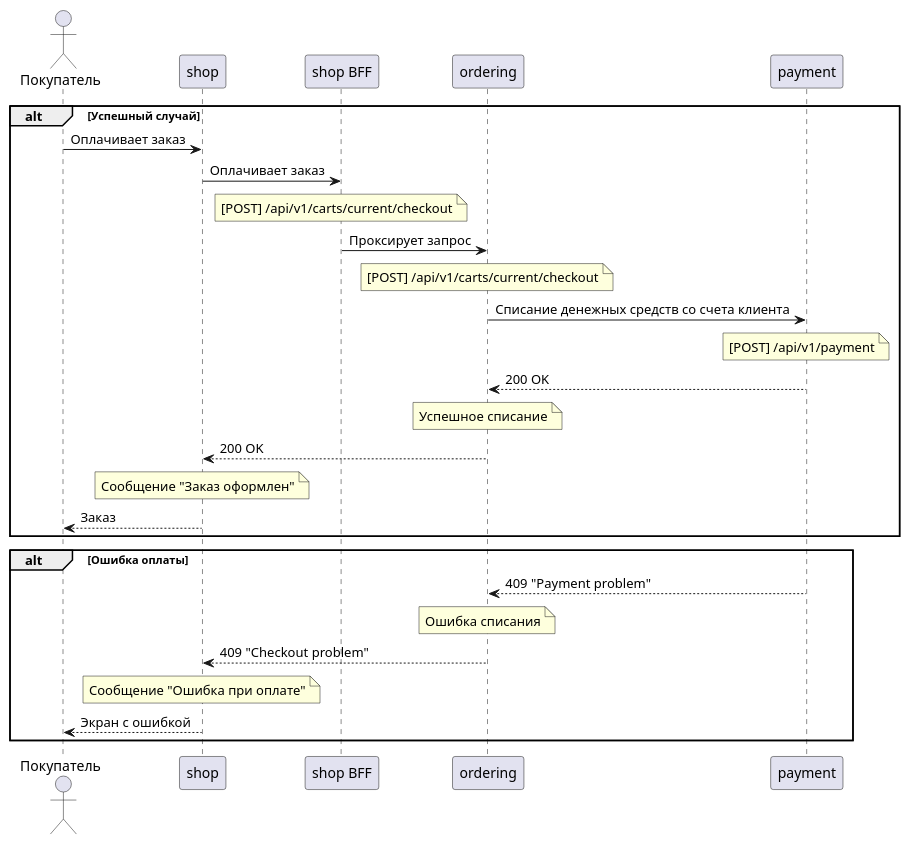
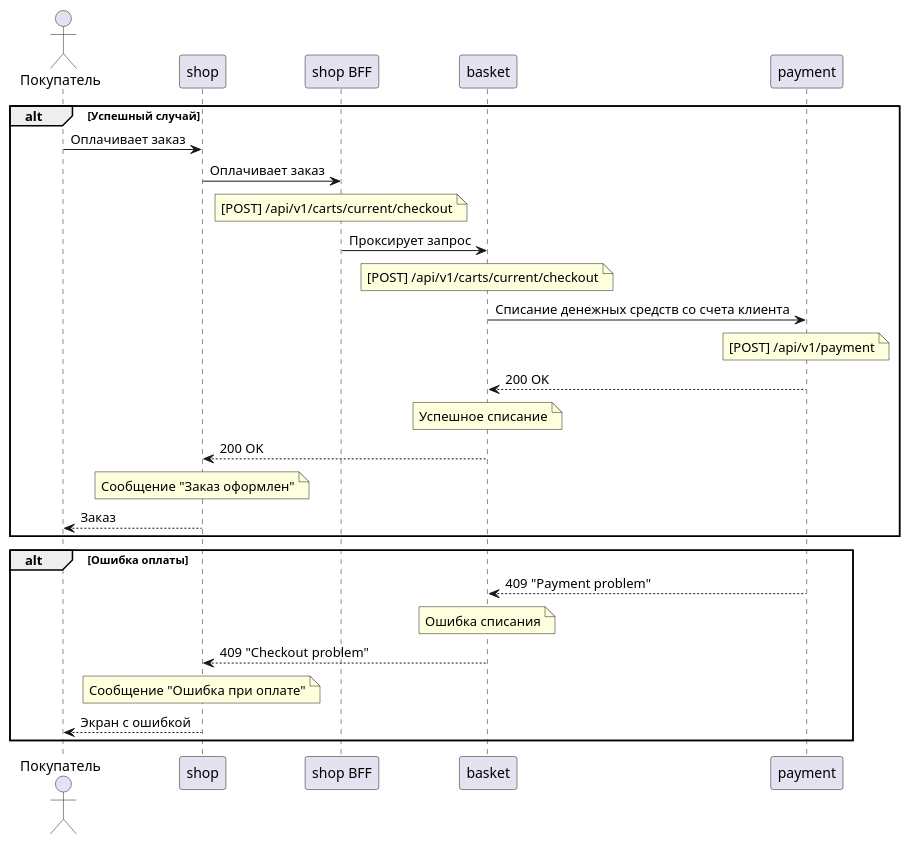
Before and after one commit to gerzhan/knigaexpert-system-design: the diagram in services/ordering/use-cases/uc-5.md, drawn with PlantUML. The commit also changed 18 other files, not shown here.

````diff
--- a/services/ordering/use-cases/uc-5.md
+++ b/services/ordering/use-cases/uc-5.md
@@ -3,34 +3,34 @@
 ```plantuml
 actor "Покупатель" as customer
 participant "shop" as shop_app
 participant "shop BFF" as shop_bff
-participant "ordering" as ordering
+participant "basket" as basket
 participant "payment" as payment
 
 alt Успешный случай
 customer -> shop_app: Оплачивает заказ
 shop_app -> shop_bff: Оплачивает заказ
 note over shop_bff: [POST] /api/v1/carts/current/checkout
 
-shop_bff -> ordering: Проксирует запрос
-note over ordering: [POST] /api/v1/carts/current/checkout
+shop_bff -> basket: Проксирует запрос
+note over basket: [POST] /api/v1/carts/current/checkout
 
-ordering -> payment: Списание денежных средств со счета клиента
+basket -> payment: Списание денежных средств со счета клиента
 note over payment: [POST] /api/v1/payment
-ordering <--  payment: 200 OK
-note over ordering: Успешное списание
+basket <--  payment: 200 OK
+note over basket: Успешное списание
 
-shop_app <--  ordering: 200 OK
+shop_app <--  basket: 200 OK
 note over shop_app: Сообщение "Заказ оформлен"
 customer <--  shop_app: Заказ
 end
 
 alt Ошибка оплаты
-ordering <--  payment: 409 "Payment problem"
-note over ordering: Ошибка списания
+basket <--  payment: 409 "Payment problem"
+note over basket: Ошибка списания
 
-shop_app <--  ordering: 409 "Checkout problem"
+shop_app <--  basket: 409 "Checkout problem"
 note over shop_app: Сообщение "Ошибка при оплате"
 customer <--  shop_app: Экран с ошибкой
 end
 ```
````
